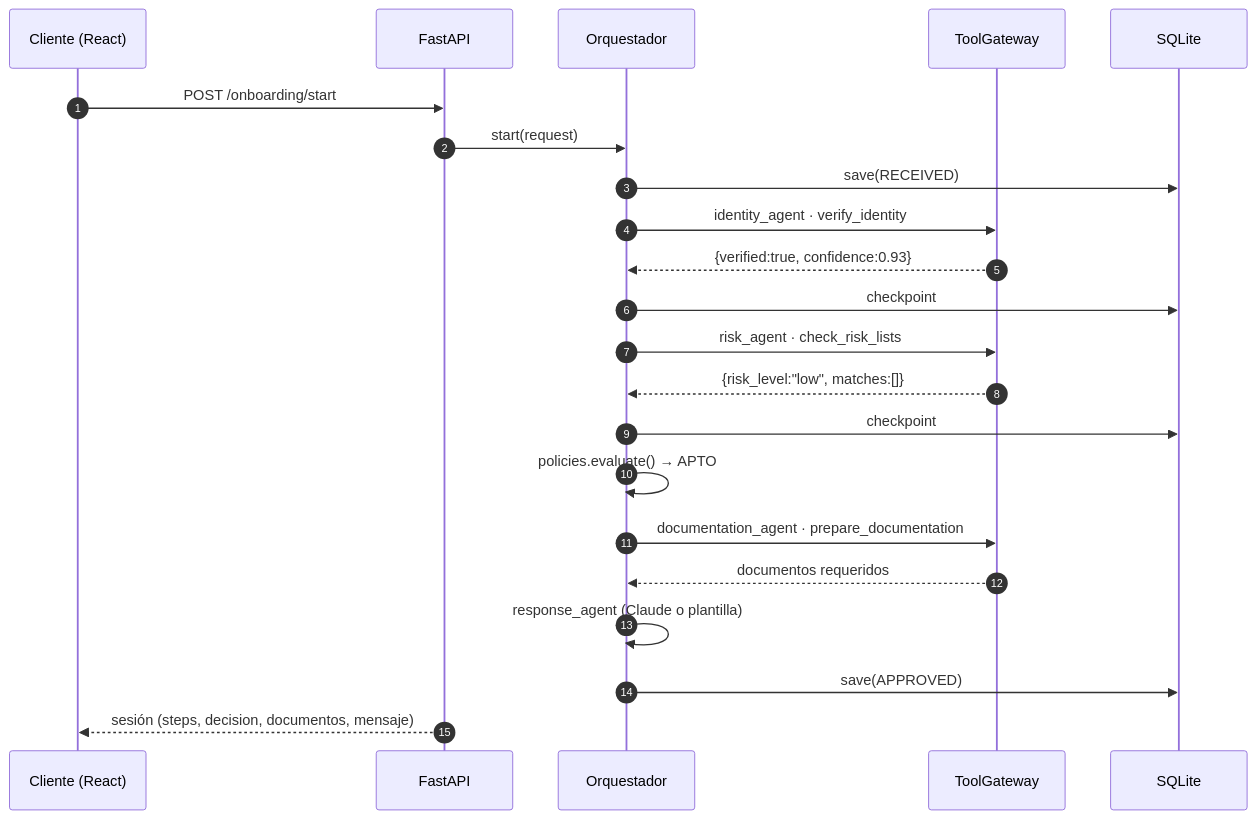
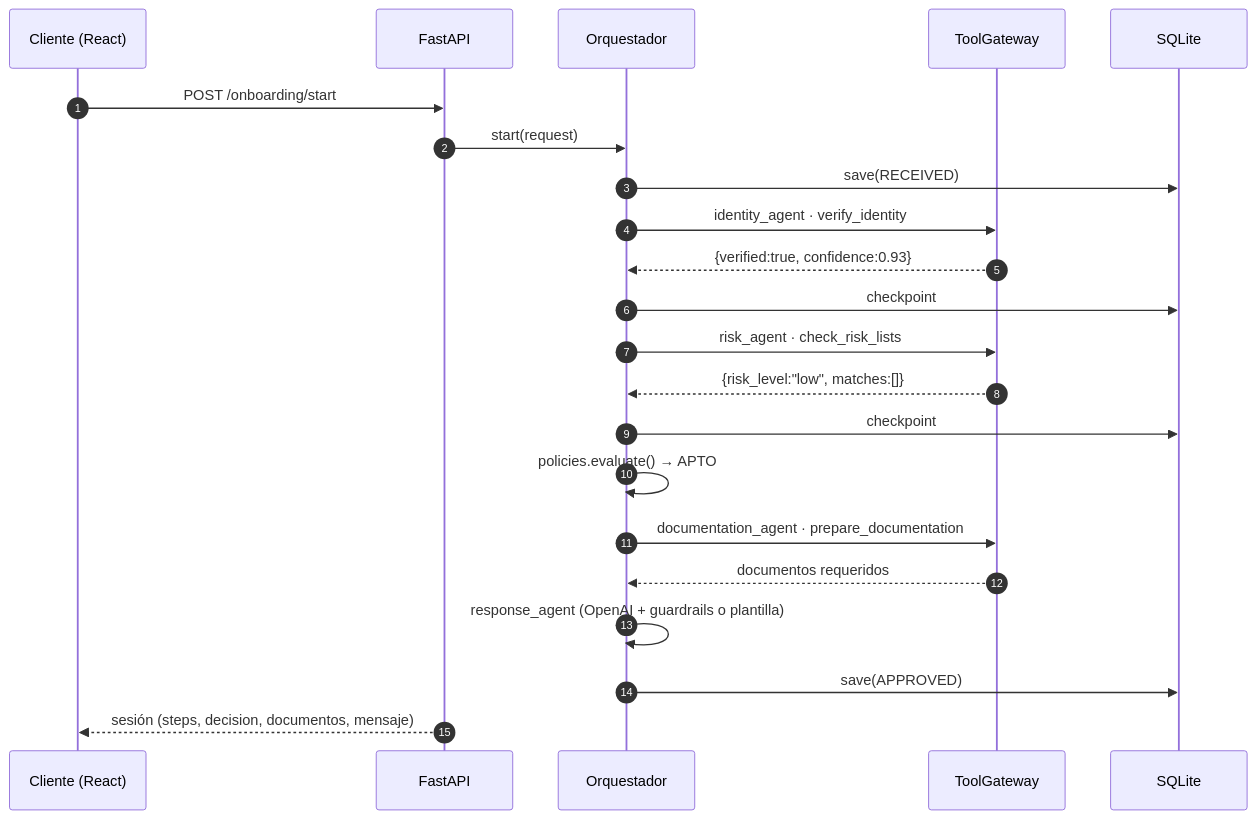
The fifth of 5 diagrams in docs/ARCHITECTURE.md (IGRA27/banco-pichincha), drawn with Mermaid before and after one commit. The commit also changed other lines of this file and 18 other files, not shown here.

First line of the commit message:
feat(security): LLM OpenAI con guardrails en capas y human-in-the-loop

````diff
--- a/docs/ARCHITECTURE.md
+++ b/docs/ARCHITECTURE.md
@@ -110,24 +114,24 @@
 ```mermaid
 sequenceDiagram
     autonumber
     participant C as Cliente (React)
     participant API as FastAPI
     participant O as Orquestador
     participant G as ToolGateway
     participant DB as SQLite
     C->>API: POST /onboarding/start
     API->>O: start(request)
     O->>DB: save(RECEIVED)
     O->>G: identity_agent · verify_identity
     G-->>O: {verified:true, confidence:0.93}
     O->>DB: checkpoint
     O->>G: risk_agent · check_risk_lists
     G-->>O: {risk_level:"low", matches:[]}
     O->>DB: checkpoint
     O->>O: policies.evaluate() → APTO
     O->>G: documentation_agent · prepare_documentation
     G-->>O: documentos requeridos
-    O->>O: response_agent (Claude o plantilla)
+    O->>O: response_agent (OpenAI + guardrails o plantilla)
     O->>DB: save(APPROVED)
     API-->>C: sesión (steps, decision, documentos, mensaje)
 ```
````
